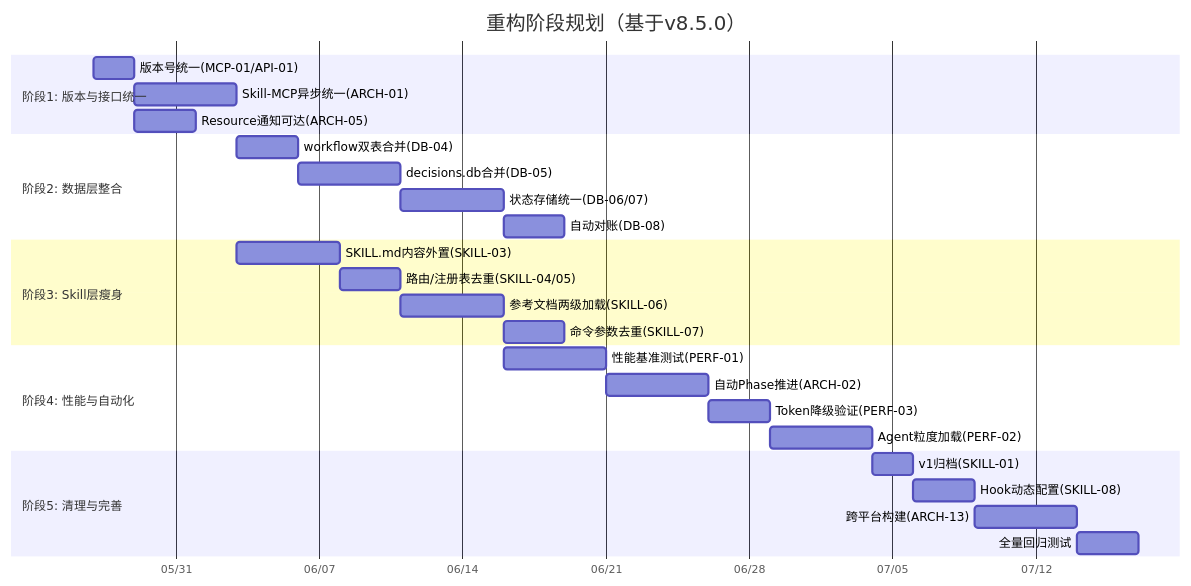
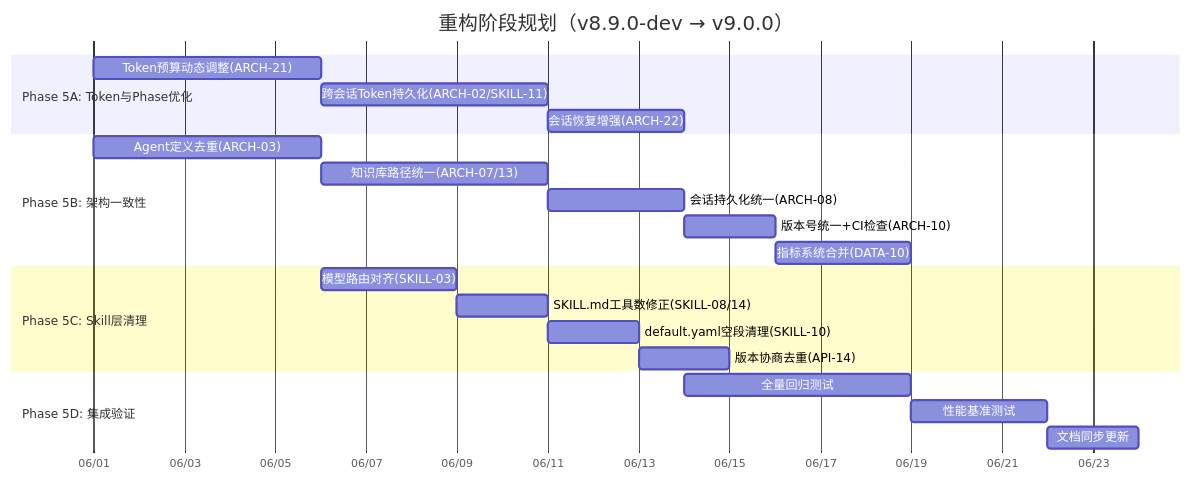
One commit to xuanyuanchumo/xuansto changed the second of 6 diagrams in docs/plan/REFACTOR_PLAN.md. Above: the diagram before and after it, drawn with Mermaid. The commit also changed other lines of this file and 138 other files, not shown here.

````diff
--- a/docs/plan/REFACTOR_PLAN.md
+++ b/docs/plan/REFACTOR_PLAN.md
@@ -359,35 +283,29 @@
 ```mermaid
 gantt
-    title 重构阶段规划（基于v8.5.0）
+    title 重构阶段规划（v8.9.0-dev → v9.0.0）
     dateFormat YYYY-MM-DD
     axisFormat %m/%d
 
-    section 阶段1: 版本与接口统一
-    版本号统一(MCP-01/API-01)     :p1a, 2026-05-27, 2d
-    Skill-MCP异步统一(ARCH-01)    :p1b, after p1a, 5d
-    Resource通知可达(ARCH-05)      :p1c, after p1a, 3d
+    section Phase 5A: Token与Phase优化
+    Token预算动态调整(ARCH-21)          :p5a1, 2026-06-01, 5d
+    跨会话Token持久化(ARCH-02/SKILL-11) :p5a2, after p5a1, 5d
+    会话恢复增强(ARCH-22)               :p5a3, after p5a2, 3d
 
-    section 阶段2: 数据层整合
-    workflow双表合并(DB-04)        :p2a, after p1b, 3d
-    decisions.db合并(DB-05)        :p2b, after p2a, 5d
-    状态存储统一(DB-06/07)         :p2c, after p2b, 5d
-    自动对账(DB-08)                :p2d, after p2c, 3d
+    section Phase 5B: 架构一致性
+    Agent定义去重(ARCH-03)              :p5b1, 2026-06-01, 5d
+    知识库路径统一(ARCH-07/13)          :p5b2, after p5b1, 5d
+    会话持久化统一(ARCH-08)             :p5b3, after p5b2, 3d
+    版本号统一+CI检查(ARCH-10)          :p5b4, after p5b3, 2d
+    指标系统合并(DATA-10)               :p5b5, after p5b4, 3d
 
-    section 阶段3: Skill层瘦身
-    SKILL.md内容外置(SKILL-03)     :p3a, after p1b, 5d
-    路由/注册表去重(SKILL-04/05)   :p3b, after p3a, 3d
-    参考文档两级加载(SKILL-06)      :p3c, after p3b, 5d
-    命令参数去重(SKILL-07)          :p3d, after p3c, 3d
+    section Phase 5C: Skill层清理
+    模型路由对齐(SKILL-03)              :p5c1, after p5b1, 3d
+    SKILL.md工具数修正(SKILL-08/14)     :p5c2, after p5c1, 2d
+    default.yaml空段清理(SKILL-10)      :p5c3, after p5c2, 2d
+    版本协商去重(API-14)                :p5c4, after p5c3, 2d
 
-    section 阶段4: 性能与自动化
-    性能基准测试(PERF-01)          :p4a, after p3c, 5d
-    自动Phase推进(ARCH-02)         :p4b, after p4a, 5d
-    Token降级验证(PERF-03)         :p4c, after p4b, 3d
-    Agent粒度加载(PERF-02)         :p4d, after p4c, 5d
-
-    section 阶段5: 清理与完善
-    v1归档(SKILL-01)               :p5a, after p4d, 2d
-    Hook动态配置(SKILL-08)         :p5b, after p5a, 3d
-    跨平台构建(ARCH-13)            :p5c, after p5b, 5d
-    全量回归测试                   :p5d, after p5c, 3d
+    section Phase 5D: 集成验证
+    全量回归测试                         :p5d1, after p5a3, 5d
+    性能基准测试                         :p5d2, after p5d1, 3d
+    文档同步更新                         :p5d3, after p5d2, 2d
 ```
````
